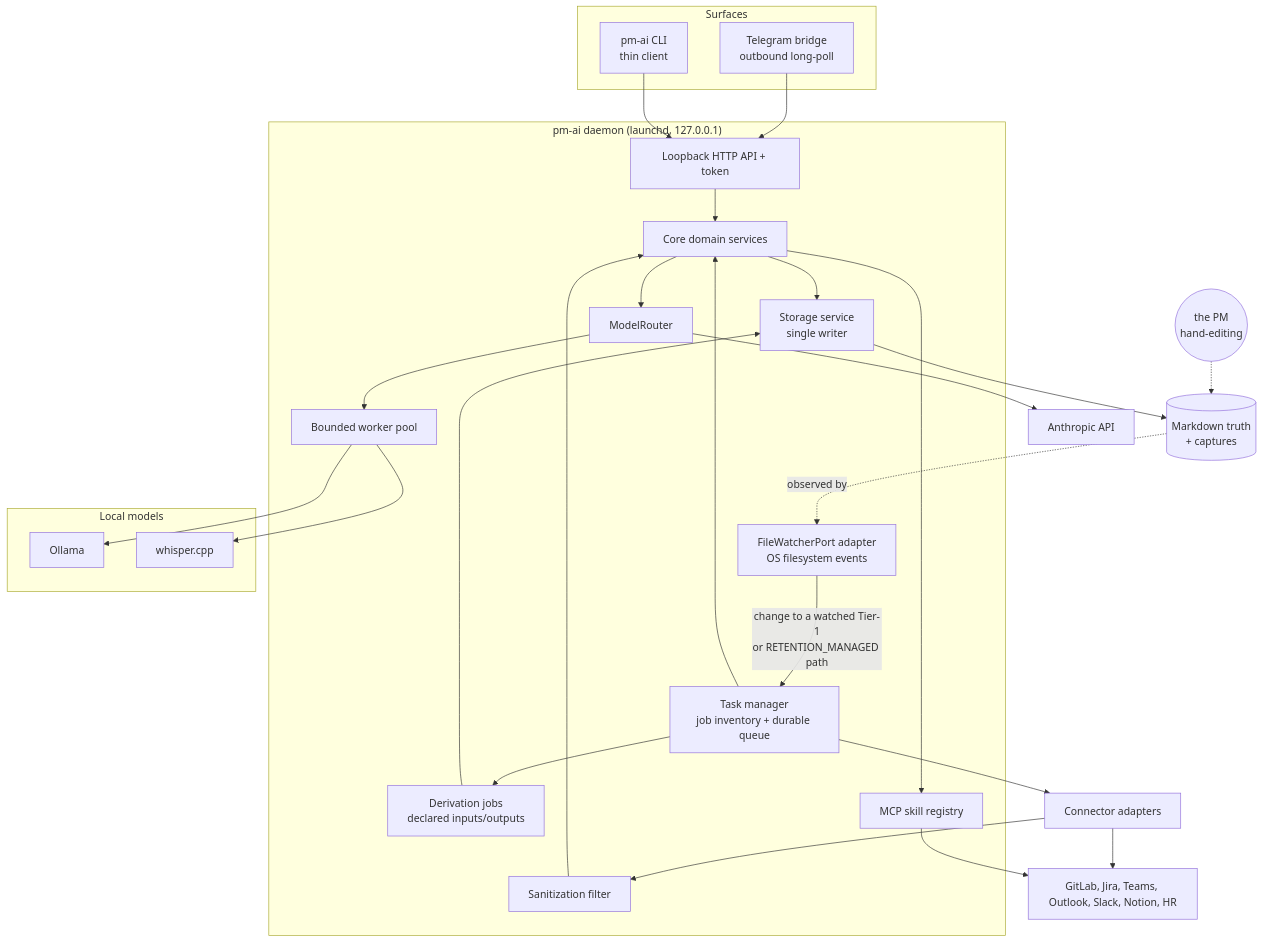
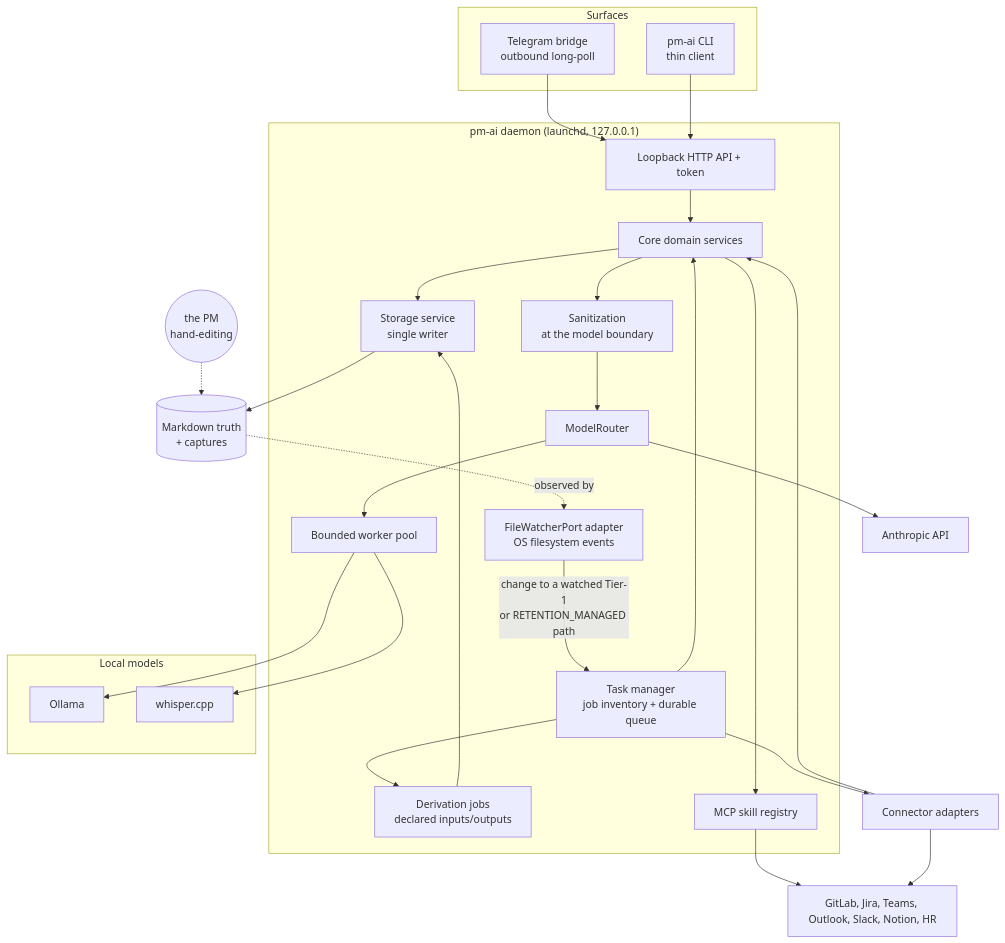
Before and after one commit to aramaniuk/pm-ai: the second of 4 diagrams in _bmad-output/planning-artifacts/architecture/architecture-pm-ai-2026-08-18/ARCHITECTURE-SPINE.md, drawn with Mermaid. The commit also changed other lines of this file and 4 other files, not shown here.

First line of the commit message:
docs(architecture): the spine catches up with what wave 1 actually built

````diff
--- a/_bmad-output/planning-artifacts/architecture/architecture-pm-ai-2026-08-18/ARCHITECTURE-SPINE.md
+++ b/_bmad-output/planning-artifacts/architecture/architecture-pm-ai-2026-08-18/ARCHITECTURE-SPINE.md
@@ -786,45 +803,45 @@
 ```mermaid
 graph TB
     subgraph Surfaces
         TG[Telegram bridge<br/>outbound long-poll]
         CLI[pm-ai CLI<br/>thin client]
     end
     subgraph Daemon["pm-ai daemon (launchd, 127.0.0.1)"]
         API[Loopback HTTP API + token]
         SCHED[Task manager<br/>job inventory + durable queue]
         WATCH[FileWatcherPort adapter<br/>OS filesystem events]
         JOBS[Derivation jobs<br/>declared inputs/outputs]
         CORE[Core domain services]
-        SAN[Sanitization filter]
+        SAN[Sanitization<br/>at the model boundary]
         POOL[Bounded worker pool]
         STORE[Storage service<br/>single writer]
         ROUTER[ModelRouter]
         REG[MCP skill registry]
     end
     subgraph Local["Local models"]
         OLL[Ollama]
         WSP[whisper.cpp]
     end
     TG --> API
     CLI --> API
     API --> CORE
     SCHED --> CORE
     SCHED --> JOBS
     JOBS --> STORE
     WATCH -->|"change to a watched Tier-1<br/>or RETENTION_MANAGED path"| SCHED
     FSW[("Markdown truth<br/>+ captures")] -.observed by.-> WATCH
     STORE --> FSW
     PM(("the PM<br/>hand-editing")) -.-> FSW
     SCHED --> CONN[Connector adapters]
-    CONN --> SAN
-    SAN --> CORE
+    CONN --> CORE
     CORE --> STORE
-    CORE --> ROUTER
+    CORE --> SAN
+    SAN --> ROUTER
     CORE --> REG
     ROUTER --> POOL
     POOL --> OLL
     POOL --> WSP
     ROUTER --> ANTH[Anthropic API]
     REG --> EXT[GitLab, Jira, Teams, Outlook, Slack, Notion, HR]
     CONN --> EXT
 ```
````
